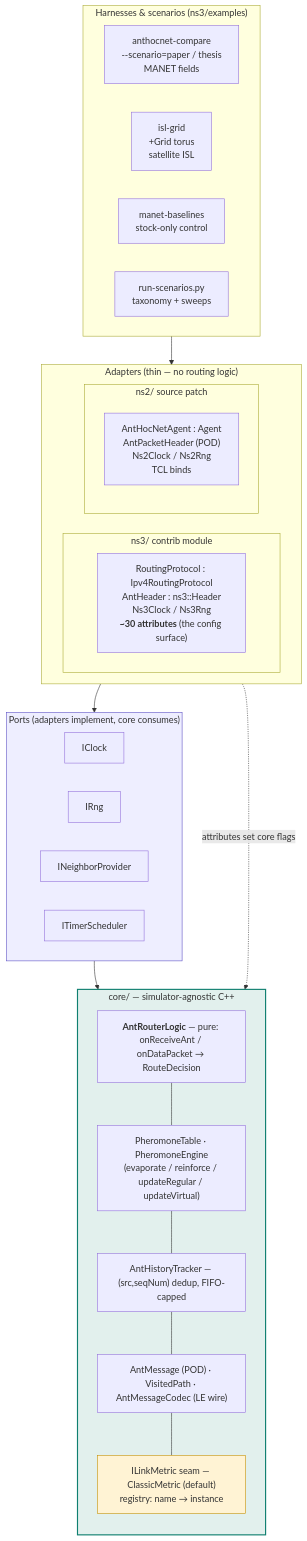
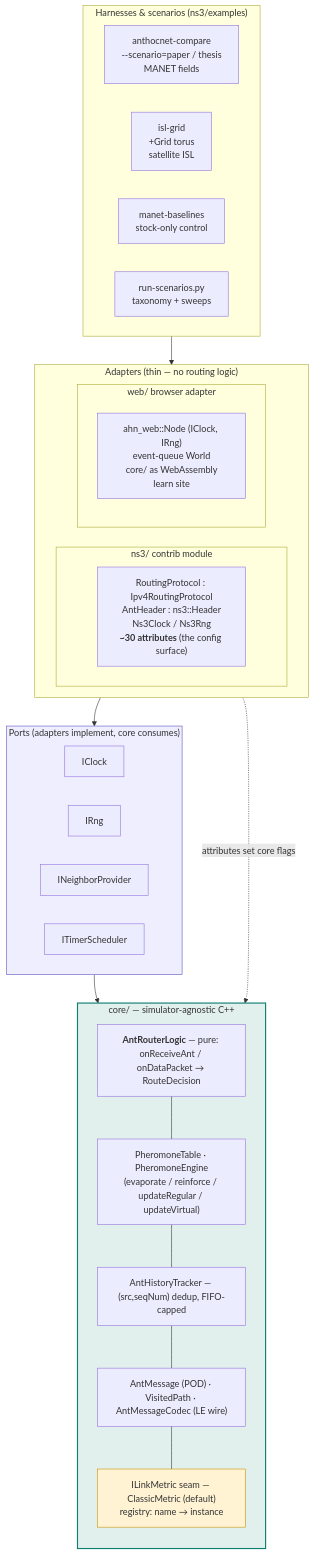
Before and after one commit to danieljoppi/AntHocNet: the first of 3 diagrams in docs/software-layers.md, drawn with Mermaid. The commit also changed 110 other files, not shown here.

````diff
--- a/docs/software-layers.md
+++ b/docs/software-layers.md
@@ -20,47 +20,47 @@
 ```mermaid
 flowchart TB
     subgraph HARNESS["Harnesses & scenarios (ns3/examples)"]
         direction LR
         H1["anthocnet-compare<br/>--scenario=paper / thesis<br/>MANET fields"]
         H2["isl-grid<br/>+Grid torus<br/>satellite ISL"]
         H3["manet-baselines<br/>stock-only control"]
         H4["run-scenarios.py<br/>taxonomy + sweeps"]
     end
 
     subgraph ADAPT["Adapters (thin — no routing logic)"]
         direction LR
         subgraph NS3["ns3/ contrib module"]
             A3["RoutingProtocol : Ipv4RoutingProtocol<br/>AntHeader : ns3::Header<br/>Ns3Clock / Ns3Rng<br/><b>~30 attributes</b> (the config surface)"]
         end
-        subgraph NS2["ns2/ source patch"]
-            A2["AntHocNetAgent : Agent<br/>AntPacketHeader (POD)<br/>Ns2Clock / Ns2Rng<br/>TCL binds"]
+        subgraph WEB["web/ browser adapter"]
+            AW["ahn_web::Node (IClock, IRng)<br/>event-queue World<br/>core/ as WebAssembly<br/>learn site"]
         end
     end
 
     subgraph PORTS["Ports (adapters implement, core consumes)"]
         direction LR
         P1["IClock"]
         P2["IRng"]
         P3["INeighborProvider"]
         P4["ITimerScheduler"]
     end
 
     subgraph CORE["core/ — simulator-agnostic C++"]
         direction TB
         C1["<b>AntRouterLogic</b> — pure: onReceiveAnt / onDataPacket → RouteDecision"]
         C2["PheromoneTable · PheromoneEngine<br/>(evaporate / reinforce / updateRegular / updateVirtual)"]
         C3["AntHistoryTracker — (src,seqNum) dedup, FIFO-capped"]
         C4["AntMessage (POD) · VisitedPath · AntMessageCodec (LE wire)"]
         C5["ILinkMetric seam — ClassicMetric (default)<br/>registry: name → instance"]
         C1 --- C2 --- C3 --- C4 --- C5
     end
 
     HARNESS --> ADAPT
     ADAPT --> PORTS
     PORTS --> CORE
     A3 -. "attributes set core flags" .-> C1
 
     style CORE fill:#e2f0ed,stroke:#0f7f70,stroke-width:2px
     style C5 fill:#fff3d4,stroke:#c48f00
     style PORTS fill:#eef,stroke:#5b4fc4
 ```
````
